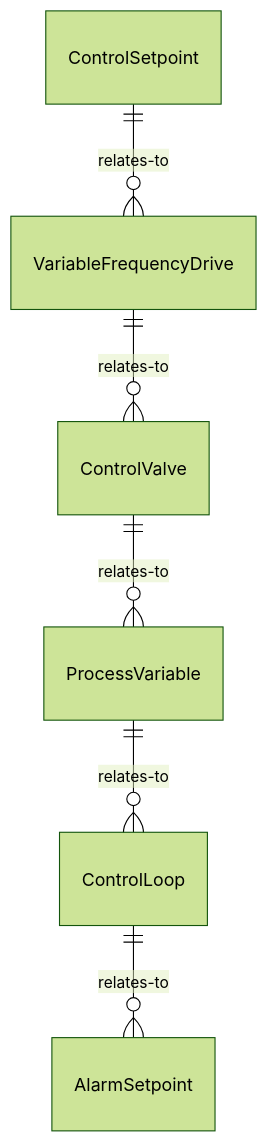
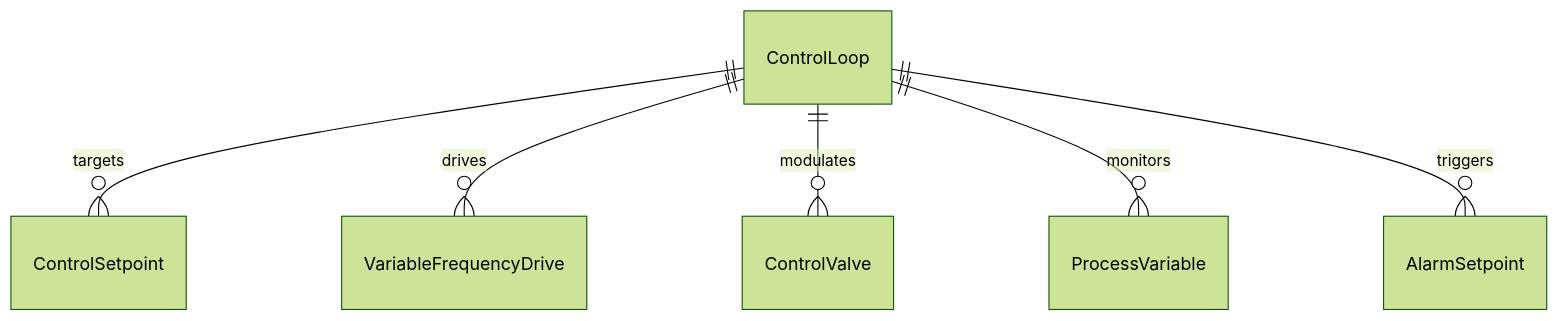
One commit to dot-org-ai/tasks.org.ai changed the first of 4 diagrams in ControllingMachinesAndProcesses/OperatePumpingSystemsOrEquipment/ControlPumpsPumpingEquipment.mdx. Above: the diagram before and after it, drawn with Mermaid (forest theme). The commit also changed other lines of this file and 515 other files, not shown here.

````diff
--- a/ControllingMachinesAndProcesses/OperatePumpingSystemsOrEquipment/ControlPumpsPumpingEquipment.mdx
+++ b/ControllingMachinesAndProcesses/OperatePumpingSystemsOrEquipment/ControlPumpsPumpingEquipment.mdx
@@ -87,8 +87,8 @@
 ```mermaid
 erDiagram
-    ControlSetpoint ||--o{ VariableFrequencyDrive : relates-to
-    VariableFrequencyDrive ||--o{ ControlValve : relates-to
-    ControlValve ||--o{ ProcessVariable : relates-to
-    ProcessVariable ||--o{ ControlLoop : relates-to
-    ControlLoop ||--o{ AlarmSetpoint : relates-to
+    ControlLoop ||--o{ ControlSetpoint : targets
+    ControlLoop ||--o{ VariableFrequencyDrive : drives
+    ControlLoop ||--o{ ControlValve : modulates
+    ControlLoop ||--o{ ProcessVariable : monitors
+    ControlLoop ||--o{ AlarmSetpoint : triggers
 ```
````
